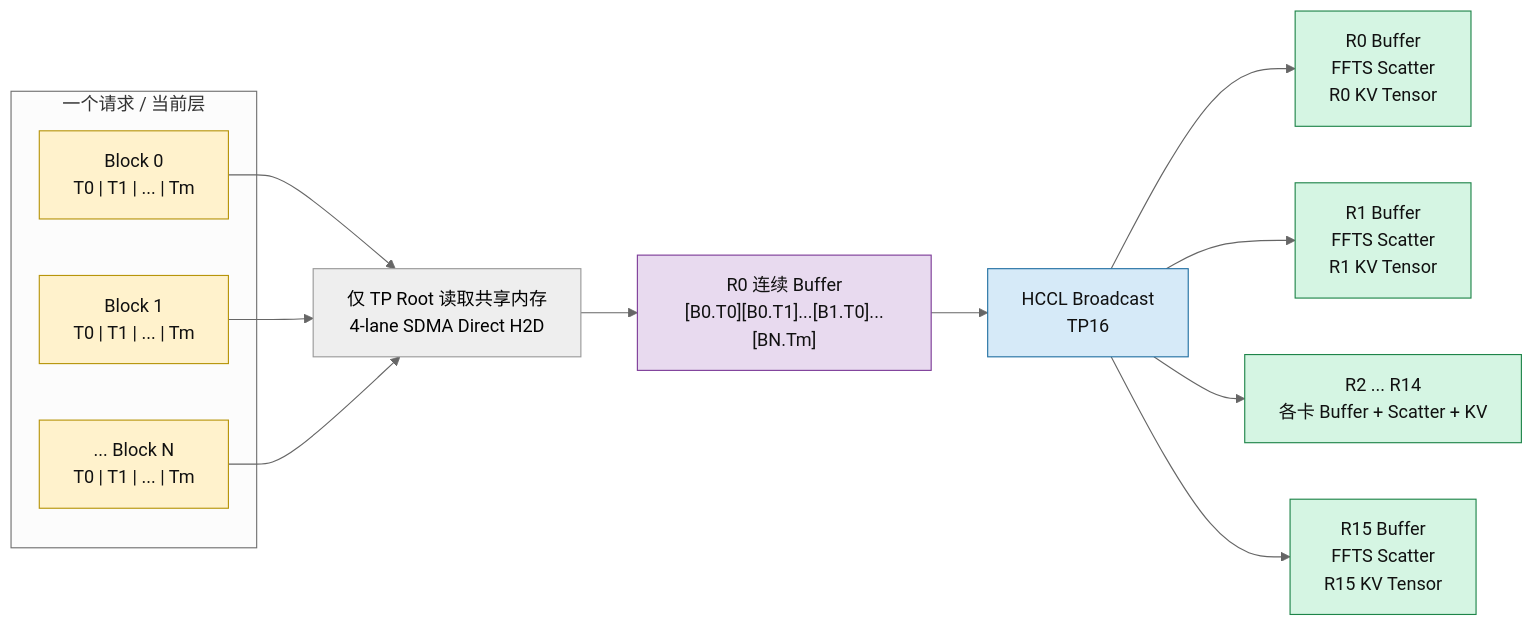
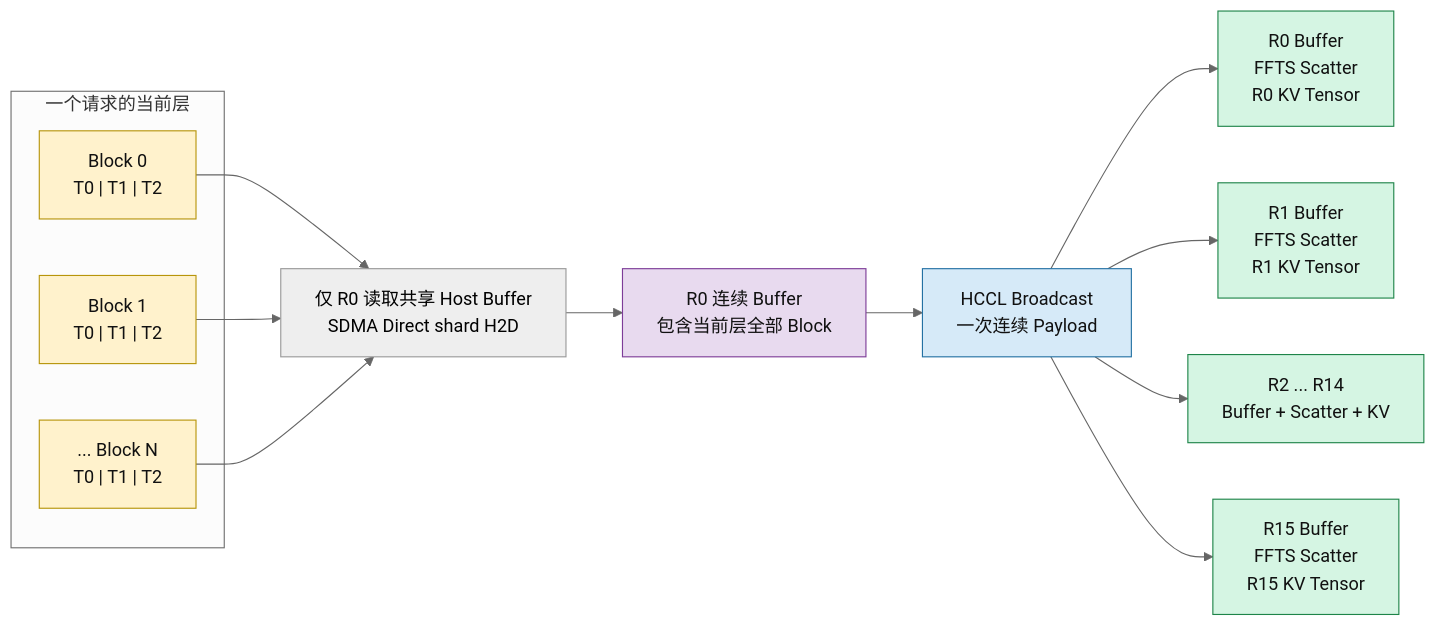
One commit to NaganooMei/unified-cache-management changed the second of 5 diagrams in docs/source/developer-guide/tp16_broadcast_load_design.md. Above: the diagram before and after it, drawn with Mermaid (neutral theme). The commit also changed other lines of this file and 3 other files, not shown here.

Commit message:
feat: add synchronous pipeline broadcast load

````diff
--- a/docs/source/developer-guide/tp16_broadcast_load_design.md
+++ b/docs/source/developer-guide/tp16_broadcast_load_design.md
@@ -58,29 +62,29 @@
 ```mermaid
 flowchart LR
-    subgraph REQUEST["一个请求 / 当前层"]
-        B0["Block 0<br/>T0 | T1 | ... | Tm"]
-        B1["Block 1<br/>T0 | T1 | ... | Tm"]
-        BN["... Block N<br/>T0 | T1 | ... | Tm"]
+    subgraph REQUEST["一个请求的当前层"]
+        B0["Block 0<br/>T0 | T1 | T2"]
+        B1["Block 1<br/>T0 | T1 | T2"]
+        BN["... Block N<br/>T0 | T1 | T2"]
     end
 
-    B0 --> LOAD["仅 TP Root 读取共享内存<br/>4-lane SDMA Direct H2D"]
+    B0 --> LOAD["仅 R0 读取共享 Host Buffer<br/>SDMA Direct shard H2D"]
     B1 --> LOAD
     BN --> LOAD
 
-    LOAD --> ROOTBUF["R0 连续 Buffer<br/>[B0.T0][B0.T1]...[B1.T0]...[BN.Tm]"]
-    ROOTBUF --> HCCL["HCCL Broadcast<br/>TP16"]
+    LOAD --> ROOTBUF["R0 连续 Buffer<br/>包含当前层全部 Block"]
+    ROOTBUF --> HCCL["HCCL Broadcast<br/>一次连续 Payload"]
 
     HCCL --> P0["R0 Buffer<br/>FFTS Scatter<br/>R0 KV Tensor"]
     HCCL --> P1["R1 Buffer<br/>FFTS Scatter<br/>R1 KV Tensor"]
-    HCCL --> PM["R2 ... R14<br/>各卡 Buffer + Scatter + KV"]
+    HCCL --> PM["R2 ... R14<br/>Buffer + Scatter + KV"]
     HCCL --> P15["R15 Buffer<br/>FFTS Scatter<br/>R15 KV Tensor"]
 
     classDef host fill:#fff2cc,stroke:#b7950b,color:#111;
     classDef collective fill:#d6eaf8,stroke:#2471a3,color:#111;
     classDef buffer fill:#e8daef,stroke:#7d3c98,color:#111;
     classDef kv fill:#d5f5e3,stroke:#1e8449,color:#111;
     class B0,B1,BN host;
     class ROOTBUF buffer;
     class HCCL collective;
     class P0,P1,PM,P15 kv;
 ```
````
